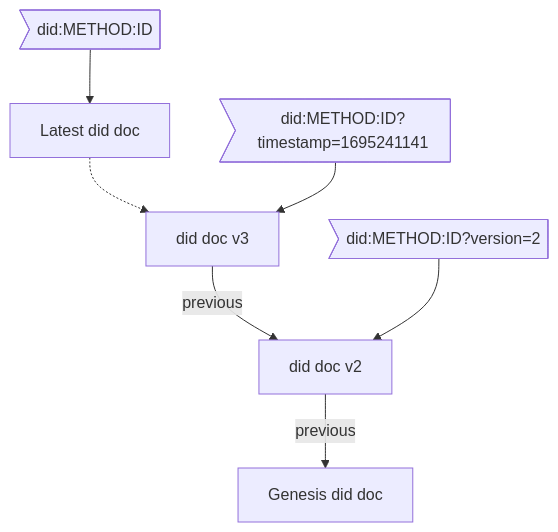
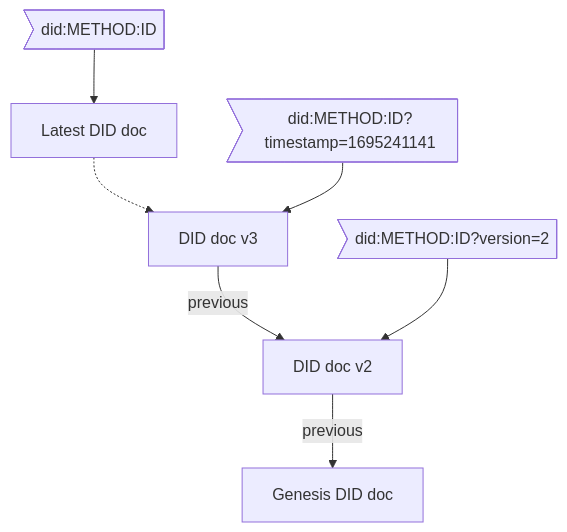
The second of 2 diagrams in draft-documents/beyond-did-web.md (WebOfTrustInfo/rwot12-cologne), drawn with Mermaid before and after one commit. The commit also changed other lines of this file, not shown here.

First line of the commit message:
Update beyond-did-web.md

````diff
--- a/draft-documents/beyond-did-web.md
+++ b/draft-documents/beyond-did-web.md
@@ -222,7 +411,7 @@
 ```mermaid
 flowchart TB
-    vn[Latest did doc] -.-> v3[did doc v3] -- previous --> v2[did doc v2] -- previous -->  v1[Genesis did doc] 
+    vn[Latest DID doc] -.-> v3[DID doc v3] -- previous --> v2[DID doc v2] -- previous -->  v1[Genesis DID doc]
     did>did:METHOD:ID] --> vn
     did2>did:METHOD:ID?version=2] --> v2
     did3>did:METHOD:ID?timestamp=1695241141] --> v3
 ```
````
